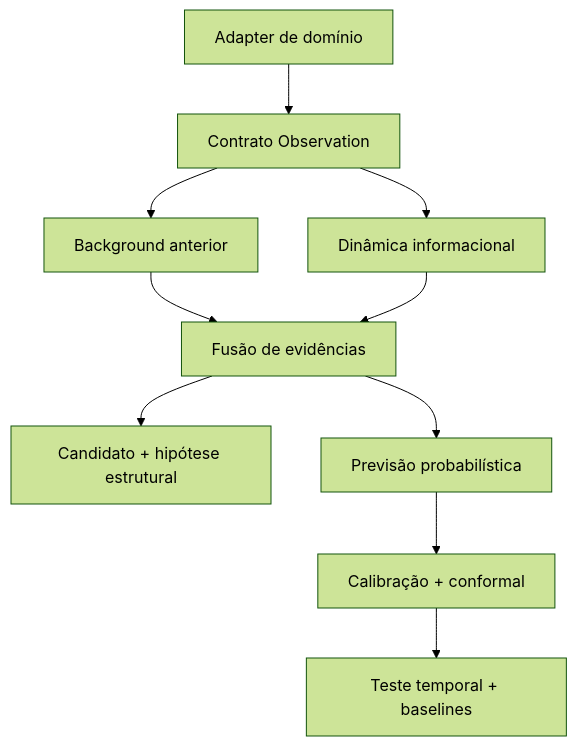
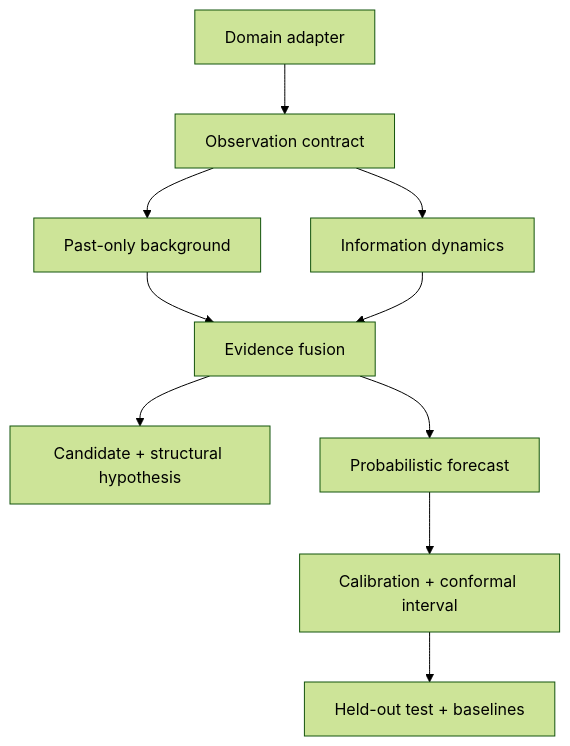
Before and after one commit to belemcrizan/QUASAR: the diagram in README.md, drawn with Mermaid (forest theme). The commit also changed other lines of this file and 58 other files, not shown here.

````diff
--- a/README.md
+++ b/README.md
@@ -94,12 +184,12 @@
-```mermaid
+~~~mermaid
 flowchart TD
-    A["Adapter de domínio"] --> B["Contrato Observation"]
-    B --> C["Background anterior"]
-    B --> D["Dinâmica informacional"]
-    C --> E["Fusão de evidências"]
+    A["Domain adapter"] --> B["Observation contract"]
+    B --> C["Past-only background"]
+    B --> D["Information dynamics"]
+    C --> E["Evidence fusion"]
     D --> E
-    E --> F["Candidato + hipótese estrutural"]
-    E --> G["Previsão probabilística"]
-    G --> H["Calibração + conformal"]
-    H --> I["Teste temporal + baselines"]
-```
+    E --> F["Candidate + structural hypothesis"]
+    E --> G["Probabilistic forecast"]
+    G --> H["Calibration + conformal interval"]
+    H --> I["Held-out test + baselines"]
+~~~
````
